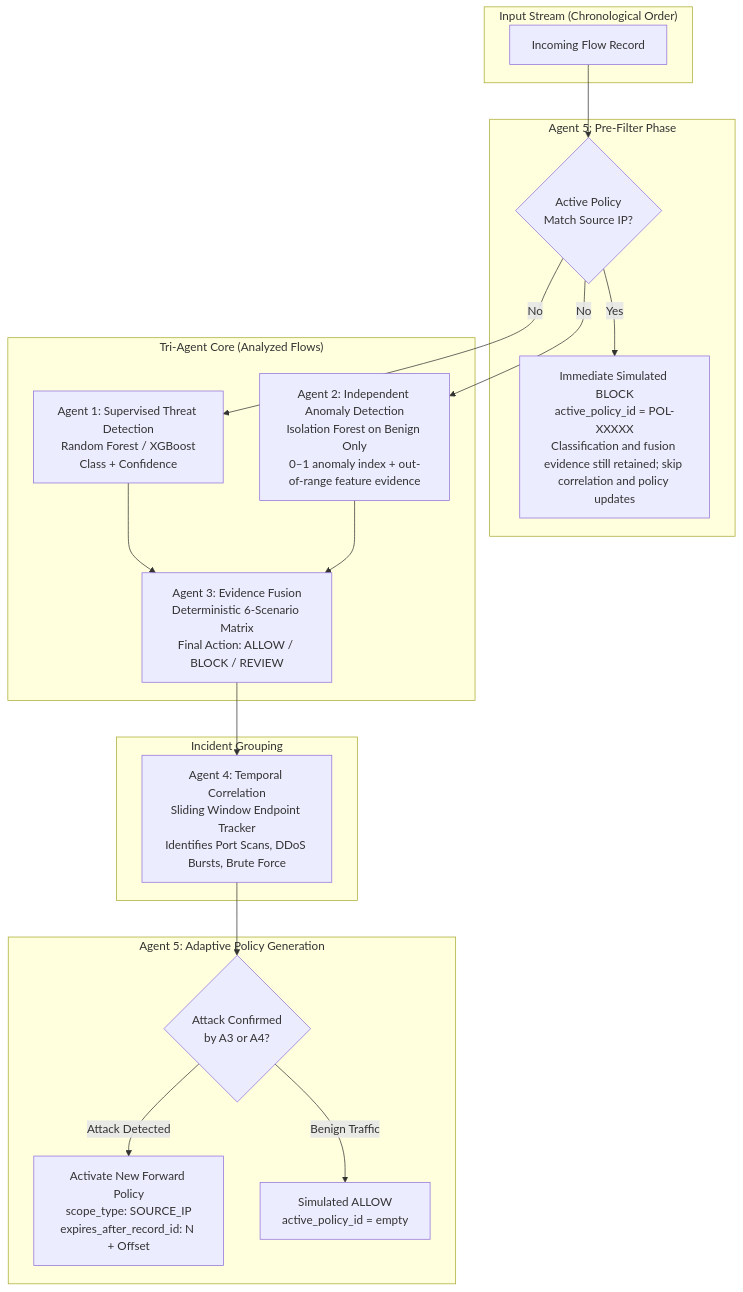
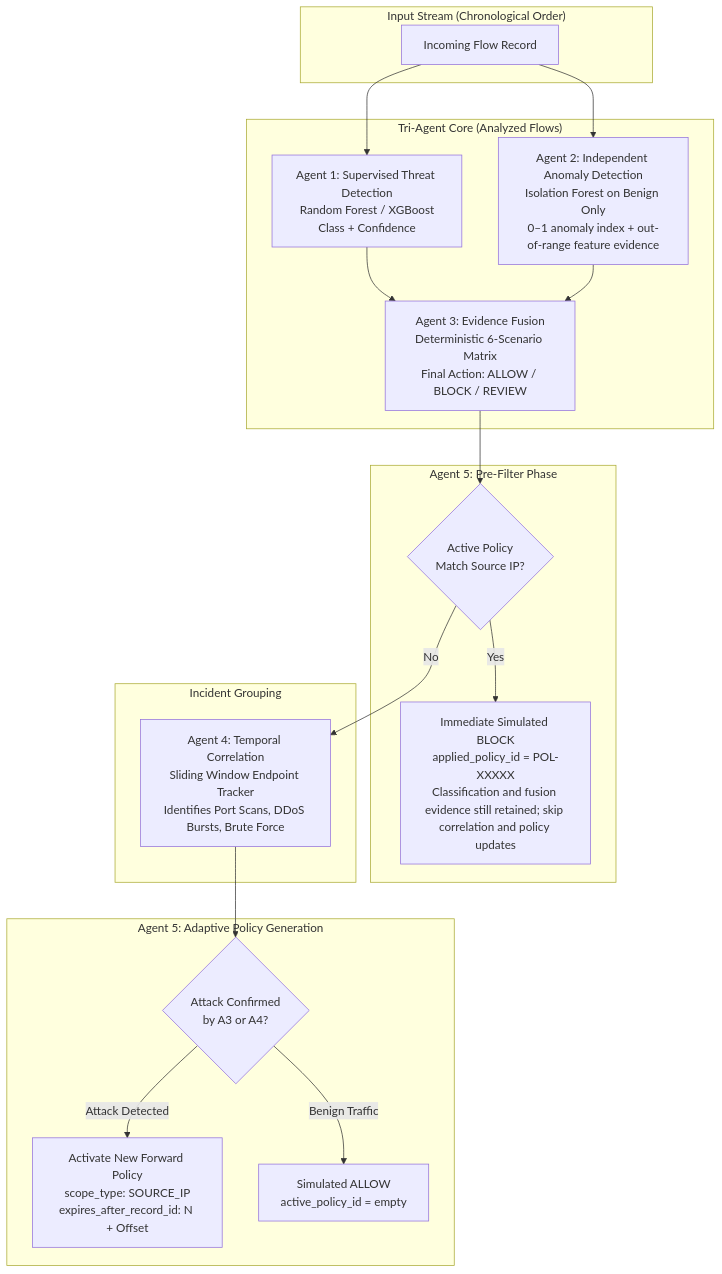
One commit to Aarush-JIIT-2030/jai changed the diagram in docs/level2-brief.md. Above: the diagram before and after it, drawn with Mermaid.

Commit message:
docs: align replay diagram with per-record classification and policy gate

````diff
--- a/docs/level2-brief.md
+++ b/docs/level2-brief.md
@@ -7,36 +7,36 @@
 ```mermaid
 flowchart TD
     subgraph Ingestion["Input Stream (Chronological Order)"]
         F[Incoming Flow Record]
     end
 
     subgraph A5_Pre["Agent 5: Pre-Filter Phase"]
         PF{Active Policy<br/>Match Source IP?}
-        BLK[Immediate Simulated BLOCK<br/>active_policy_id = POL-XXXXX<br/>Classification and fusion evidence still retained; skip correlation and policy updates]
+        BLK[Immediate Simulated BLOCK<br/>applied_policy_id = POL-XXXXX<br/>Classification and fusion evidence still retained; skip correlation and policy updates]
     end
 
     subgraph Detection["Tri-Agent Core (Analyzed Flows)"]
         A1[Agent 1: Supervised Threat Detection<br/>Random Forest / XGBoost<br/>Class + Confidence]
         A2[Agent 2: Independent Anomaly Detection<br/>Isolation Forest on Benign Only<br/>0–1 anomaly index + out-of-range feature evidence]
         A3[Agent 3: Evidence Fusion<br/>Deterministic 6-Scenario Matrix<br/>Final Action: ALLOW / BLOCK / REVIEW]
     end
 
     subgraph Correlation["Incident Grouping"]
         A4[Agent 4: Temporal Correlation<br/>Sliding Window Endpoint Tracker<br/>Identifies Port Scans, DDoS Bursts, Brute Force]
     end
 
     subgraph A5_Post["Agent 5: Adaptive Policy Generation"]
         PG{Attack Confirmed<br/>by A3 or A4?}
         POL[Activate New Forward Policy<br/>scope_type: SOURCE_IP<br/>expires_after_record_id: N + Offset]
         ALW[Simulated ALLOW<br/>active_policy_id = empty]
     end
 
-    F --> PF
+    F --> A1 & A2
+    A1 & A2 --> A3
+    A3 --> PF
     PF -- Yes --> BLK
-    PF -- No --> A1 & A2
-    A1 & A2 --> A3
-    A3 --> A4
+    PF -- No --> A4
     A4 --> PG
     PG -- Attack Detected --> POL
     PG -- Benign Traffic --> ALW
 ```
````
